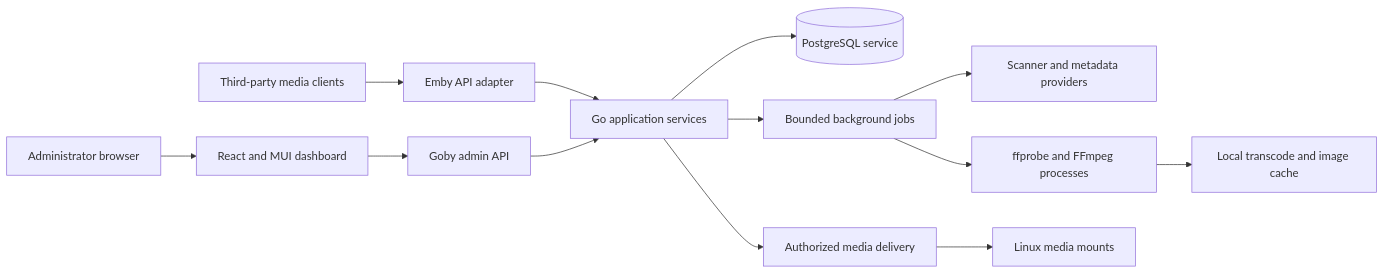
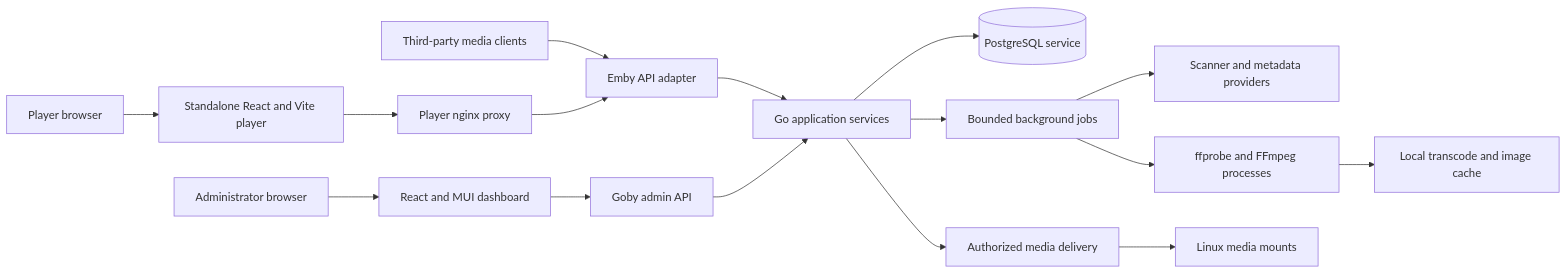
Before and after one commit to moooyo/goby: the diagram in docs/architecture/linux-go-react.md, drawn with Mermaid. The commit also changed other lines of this file and 136 other files, not shown here.

Commit message:
feat(player): ship standalone React player with pinned Docker delivery

````diff
--- a/docs/architecture/linux-go-react.md
+++ b/docs/architecture/linux-go-react.md
@@ -11,15 +18,18 @@
 ```mermaid
 flowchart LR
     Client[Third-party media clients] --> Compat[Emby API adapter]
+    Viewer[Player browser] --> Player[Standalone React and Vite player]
+    Player --> Proxy[Player nginx proxy]
+    Proxy --> Compat
     Browser[Administrator browser] --> Admin[React and MUI dashboard]
     Admin --> Native[Goby admin API]
     Compat --> App[Go application services]
     Native --> App
     App --> DB[(PostgreSQL service)]
     App --> Jobs[Bounded background jobs]
     Jobs --> Scan[Scanner and metadata providers]
     Jobs --> Media[ffprobe and FFmpeg processes]
     App --> Stream[Authorized media delivery]
     Stream --> Files[Linux media mounts]
     Media --> Cache[Local transcode and image cache]
 ```
````
